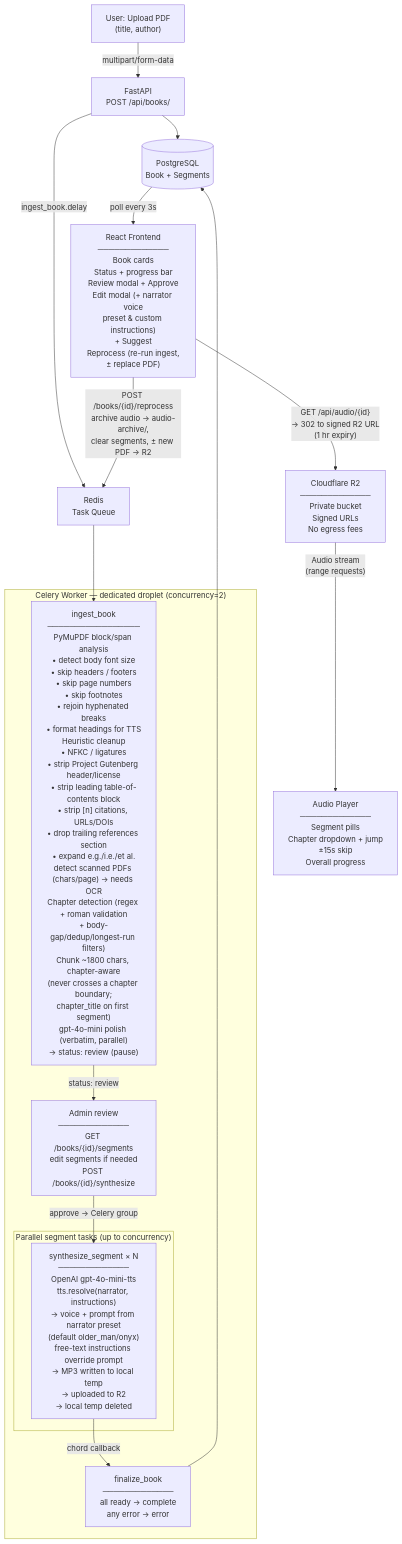
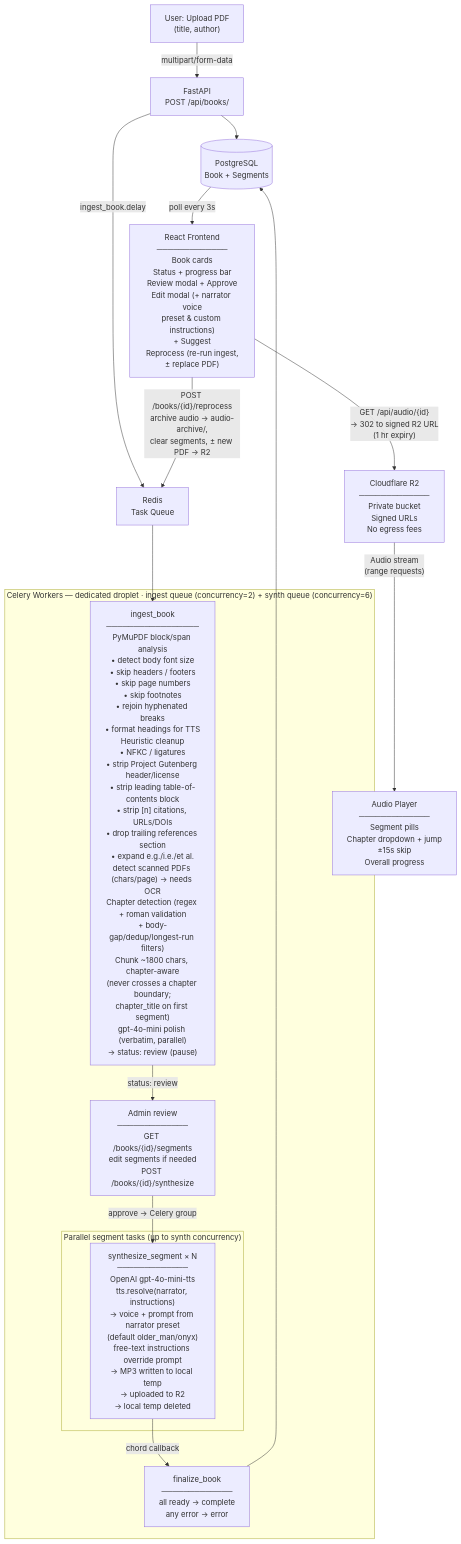
The diagram in PIPELINE.md (antispiraldev/AudioBookLib), drawn with Mermaid before and after one commit. The commit also changed other lines of this file and 5 other files, not shown here.

First line of the commit message:
perf(worker): split ingest and synthesis into separate Celery queues

````diff
--- a/PIPELINE.md
+++ b/PIPELINE.md
@@ -3,37 +3,37 @@
 ```mermaid
 flowchart TD
     Upload["User: Upload PDF\n(title, author)"]
     API["FastAPI\nPOST /api/books/"]
     DB[("PostgreSQL\nBook + Segments")]
     Queue["Redis\nTask Queue"]
 
     Upload -->|multipart/form-data| API
     API --> DB
     API -->|ingest_book.delay| Queue
 
     Queue --> Ingest
 
-    subgraph Worker ["Celery Worker — dedicated droplet (concurrency=2)"]
+    subgraph Worker ["Celery Workers — dedicated droplet · ingest queue (concurrency=2) + synth queue (concurrency=6)"]
         Ingest["ingest_book\n─────────────────\nPyMuPDF block/span analysis\n• detect body font size\n• skip headers / footers\n• skip page numbers\n• skip footnotes\n• rejoin hyphenated breaks\n• format headings for TTS\nHeuristic cleanup\n• NFKC / ligatures\n• strip Project Gutenberg header/license\n• strip leading table-of-contents block\n• strip [n] citations, URLs/DOIs\n• drop trailing references section\n• expand e.g./i.e./et al.\ndetect scanned PDFs (chars/page) → needs OCR\nChapter detection (regex + roman validation\n+ body-gap/dedup/longest-run filters)\nChunk ~1800 chars, chapter-aware\n(never crosses a chapter boundary;\nchapter_title on first segment)\ngpt-4o-mini polish (verbatim, parallel)\n→ status: review (pause)"]
 
         Review["Admin review\n─────────────\nGET /books/{id}/segments\nedit segments if needed\nPOST /books/{id}/synthesize"]
         Ingest -->|"status: review"| Review
         Review -->|"approve → Celery group"| Synth
 
-        subgraph Parallel ["Parallel segment tasks (up to concurrency)"]
+        subgraph Parallel ["Parallel segment tasks (up to synth concurrency)"]
             Synth["synthesize_segment × N\n─────────────\nOpenAI gpt-4o-mini-tts\ntts.resolve(narrator, instructions)\n→ voice + prompt from narrator preset\n(default older_man/onyx)\nfree-text instructions override prompt\n→ MP3 written to local temp\n→ uploaded to R2\n→ local temp deleted"]
         end
 
         Synth -->|"chord callback"| Finalize
         Finalize["finalize_book\n─────────────\nall ready → complete\nany error  → error"]
     end
 
     Finalize --> DB
 
     DB -->|"poll every 3s"| Frontend
     Frontend["React Frontend\n─────────────\nBook cards\nStatus + progress bar\nReview modal + Approve\nEdit modal (+ narrator voice\npreset & custom instructions)\n+ Suggest\nReprocess (re-run ingest,\n± replace PDF)"]
     Frontend -->|"POST /books/{id}/reprocess\narchive audio → audio-archive/,\nclear segments, ± new PDF → R2"| Queue
     Frontend -->|"GET /api/audio/{id}\n→ 302 to signed R2 URL\n(1 hr expiry)"| R2
     R2["Cloudflare R2\n─────────────\nPrivate bucket\nSigned URLs\nNo egress fees"]
     R2 -->|"Audio stream\n(range requests)"| Player["Audio Player\n─────────────\nSegment pills\nChapter dropdown + jump\n±15s skip\nOverall progress"]
 ```
````
